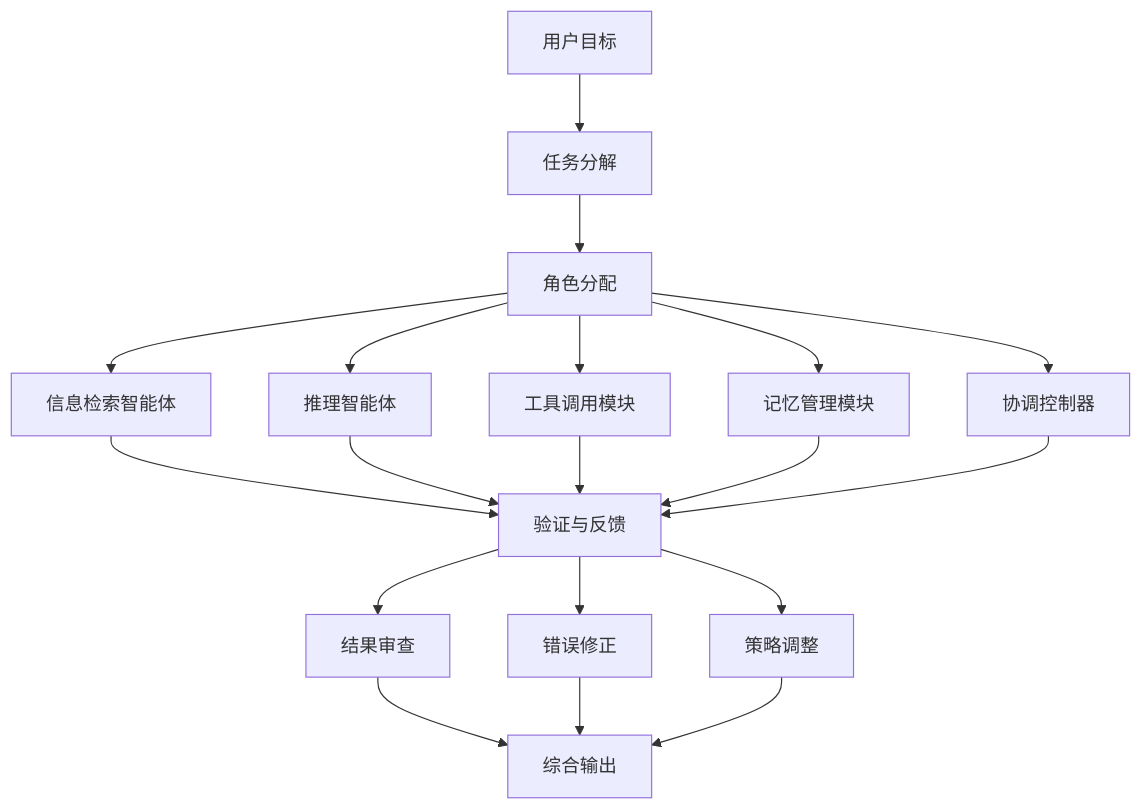
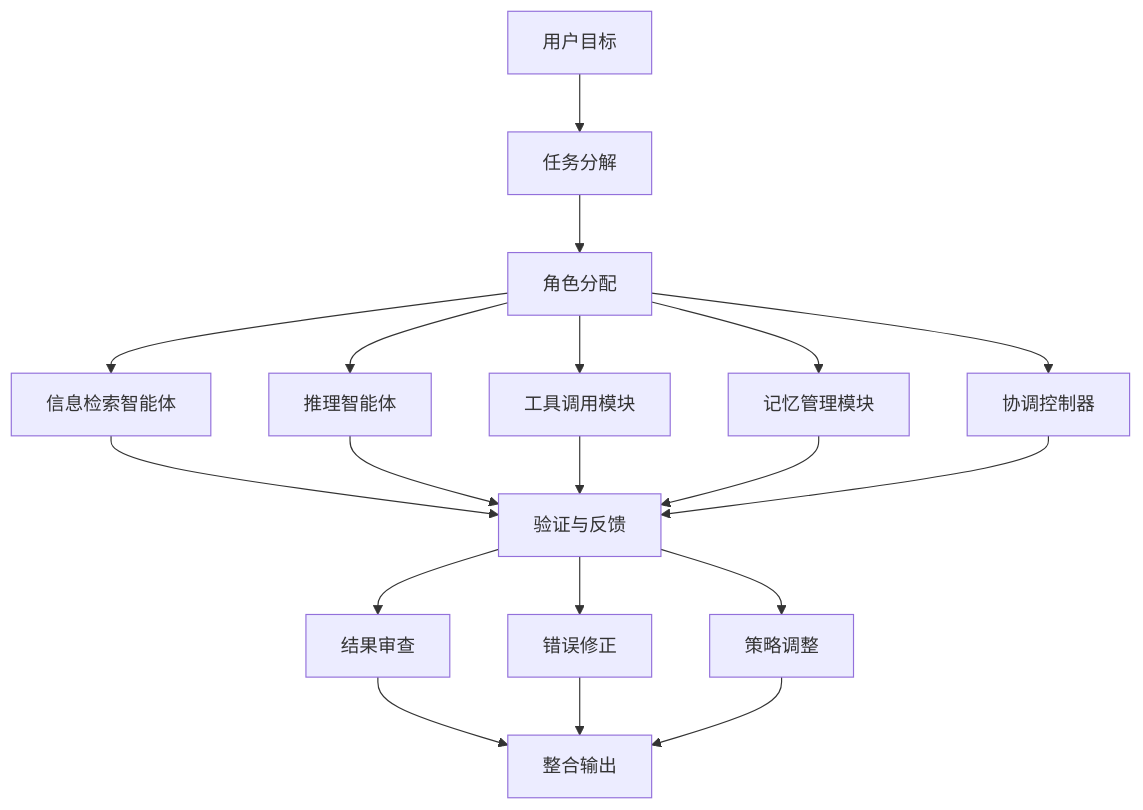
Before and after one commit to Prompthon-IO/agent-systems-handbook: the diagram in zh-Hans/foundations/agent-systems/why-agent-systems-matter.mdx, drawn with Mermaid. The commit also changed other lines of this file and 8 other files, not shown here.

````diff
--- a/zh-Hans/foundations/agent-systems/why-agent-systems-matter.mdx
+++ b/zh-Hans/foundations/agent-systems/why-agent-systems-matter.mdx
@@ -93,25 +75,25 @@
 ```mermaid
 flowchart TD
   Goal["用户目标"] --> Decompose["任务分解"]
   Decompose --> Assign["角色分配"]
 
   Assign --> Retrieval["信息检索智能体"]
   Assign --> Reasoning["推理智能体"]
   Assign --> Tools["工具调用模块"]
   Assign --> Memory["记忆管理模块"]
   Assign --> Orchestrator["协调控制器"]
 
   Retrieval --> Validate["验证与反馈"]
   Reasoning --> Validate
   Tools --> Validate
   Memory --> Validate
   Orchestrator --> Validate
 
   Validate --> Review["结果审查"]
   Validate --> Fix["错误修正"]
   Validate --> Adjust["策略调整"]
 
-  Review --> Output["综合输出"]
+  Review --> Output["整合输出"]
   Fix --> Output
   Adjust --> Output
   ```
````
